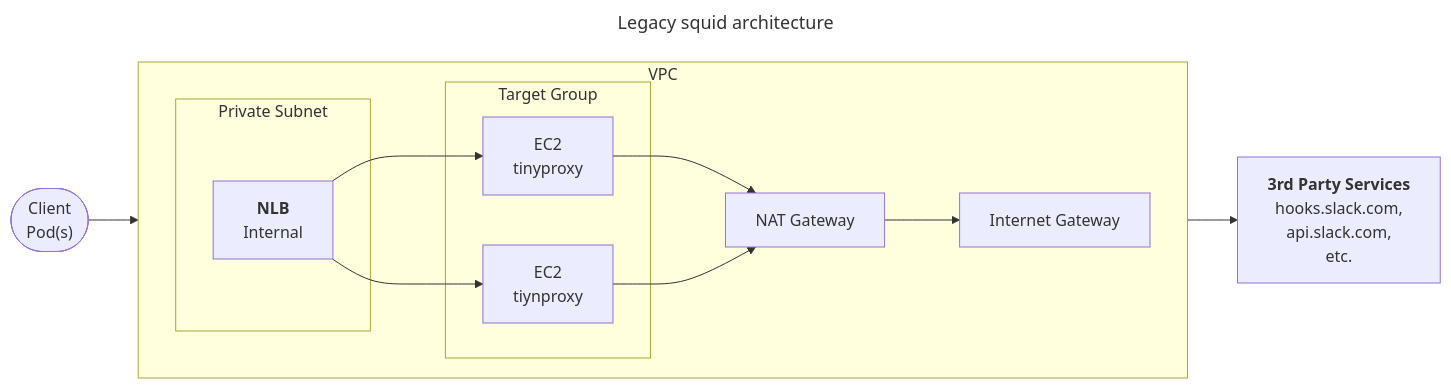
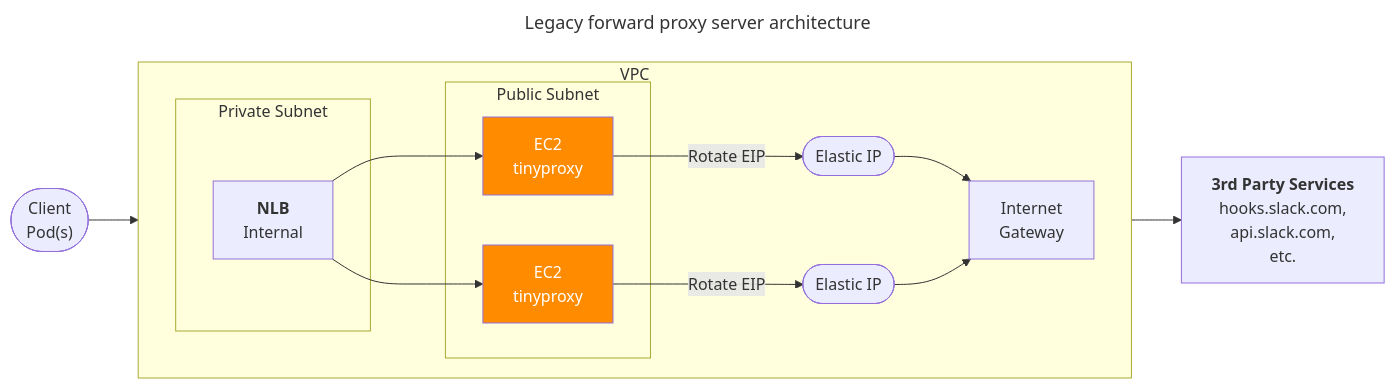
One commit to younsl/younsl.github.io changed the first of 4 diagrams in content/blog/squid/index.md. Above: the diagram before and after it, drawn with Mermaid. The commit also changed other lines of this file, not shown here.

Commit message:
chore: Rewrite draw.io to mermaid

````diff
--- a/content/blog/squid/index.md
+++ b/content/blog/squid/index.md
@@ -38,34 +38,40 @@
 ```mermaid
 ---
-title: Legacy squid architecture
+title: Legacy forward proxy server architecture
 ---
 flowchart LR
     c(["`Client
     Pod(s)`"])
     s["`**3rd Party Services**
     hooks.slack.com,
     api.slack.com,
     etc.`"]
     subgraph "VPC"
         direction LR
         subgraph prv["Private Subnet"]
             nlb["`**NLB**
             Internal`"]
         end
-        subgraph TG["Target Group"]
+        subgraph pub["Public Subnet"]
             tp1["`EC2
             tinyproxy`"]
             tp2["`EC2
-            tiynproxy`"]
+            tinyproxy`"]
         end
-
-        ngw["NAT Gateway"]
-        igw["Internet Gateway"]
+        eip1(["Elastic IP"])
+        eip2(["Elastic IP"])
+        igw["`Internet
+        Gateway`"]
     end
 
     c --> nlb
     nlb --> tp1
     nlb --> tp2
 
-    tp1 & tp2 --> ngw --> igw --> s
+    tp1 --Rotate EIP--> eip1 --> igw
+    tp2 --Rotate EIP--> eip2 --> igw
+    igw --> s
+
+    style tp1 fill:darkorange, color: white
+    style tp2 fill:darkorange, color: white
 ```
````
